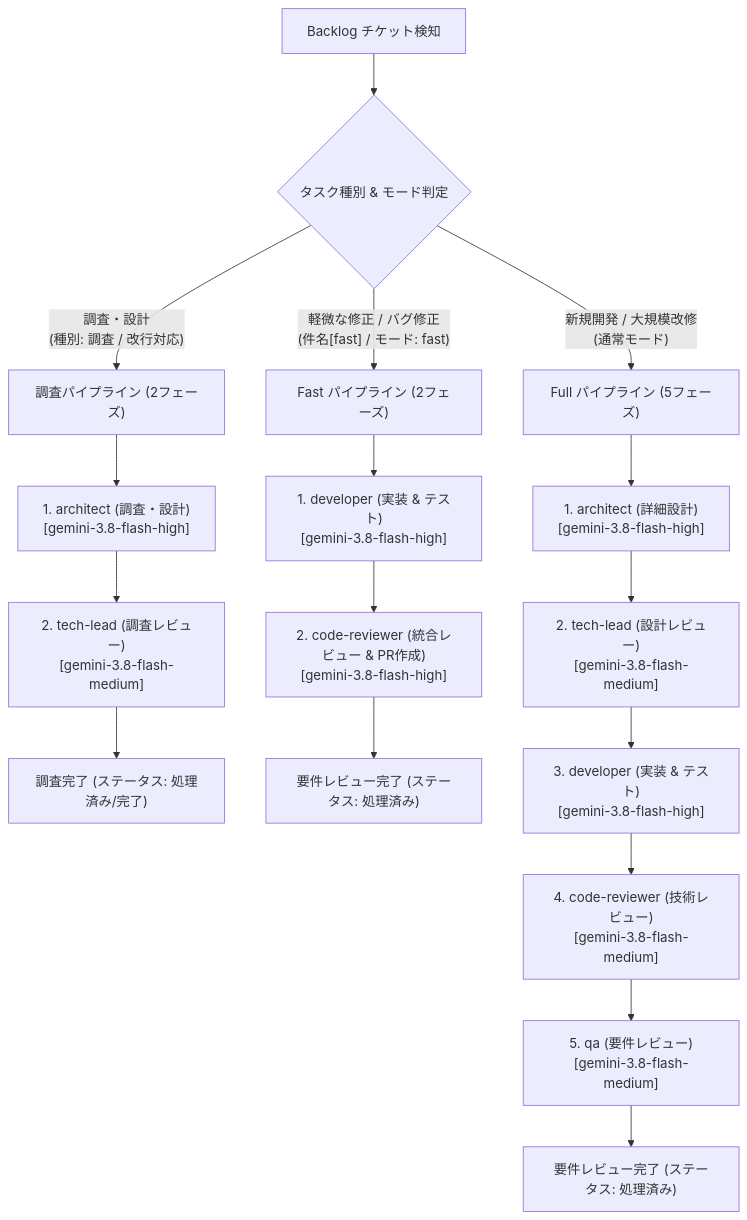
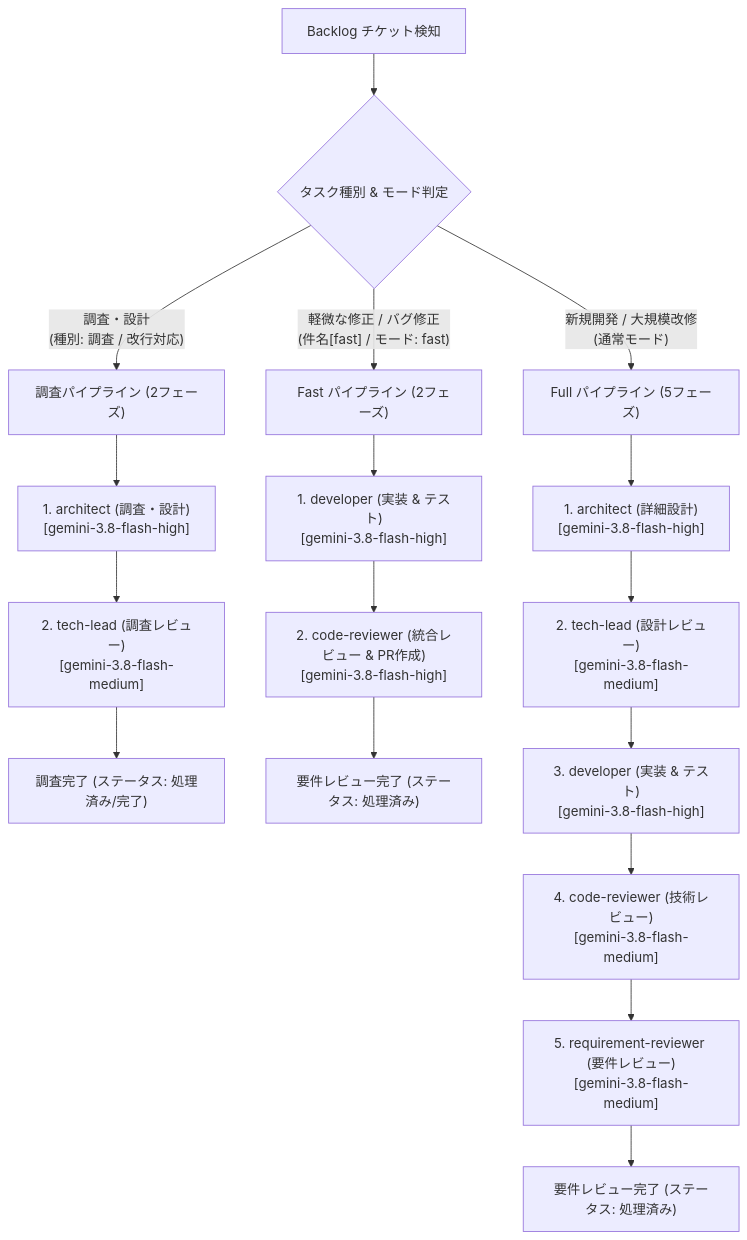
The diagram in docs/quota_optimization.md (oharato/aidevflow), drawn with Mermaid before and after one commit. The commit also changed other lines of this file and 14 other files, not shown here.

Commit message:
refactor(roles): rename qa agent to requirement-reviewer across codebase and docs

````diff
--- a/docs/quota_optimization.md
+++ b/docs/quota_optimization.md
@@ -22,25 +22,25 @@
 ```mermaid
 flowchart TD
     Issue["Backlog チケット検知"] --> Analysis{"タスク種別 & モード判定"}
 
     %% 調査タスク (2フェーズ)
     Analysis -->|"調査・設計\n(種別: 調査 / 改行対応)"| InvPath["調査パイプライン (2フェーズ)"]
     InvPath --> Inv1["1. architect (調査・設計)\n[gemini-3.8-flash-high]"]
     Inv1 --> Inv2["2. tech-lead (調査レビュー)\n[gemini-3.8-flash-medium]"]
     Inv2 --> InvDone["調査完了 (ステータス: 処理済み/完了)"]
 
     %% Fastモード (2フェーズ)
     Analysis -->|"軽微な修正 / バグ修正\n(件名[fast] / モード: fast)"| FastPath["Fast パイプライン (2フェーズ)"]
     FastPath --> Fast1["1. developer (実装 & テスト)\n[gemini-3.8-flash-high]"]
     Fast1 --> Fast2["2. code-reviewer (統合レビュー & PR作成)\n[gemini-3.8-flash-high]"]
     Fast2 --> FastDone["要件レビュー完了 (ステータス: 処理済み)"]
 
     %% 通常タスク (Full 5フェーズ)
     Analysis -->|"新規開発 / 大規模改修\n(通常モード)"| FullPath["Full パイプライン (5フェーズ)"]
     FullPath --> F1["1. architect (詳細設計)\n[gemini-3.8-flash-high]"]
     F1 --> F2["2. tech-lead (設計レビュー)\n[gemini-3.8-flash-medium]"]
     F2 --> F3["3. developer (実装 & テスト)\n[gemini-3.8-flash-high]"]
     F3 --> F4["4. code-reviewer (技術レビュー)\n[gemini-3.8-flash-medium]"]
-    F4 --> F5["5. qa (要件レビュー)\n[gemini-3.8-flash-medium]"]
+    F4 --> F5["5. requirement-reviewer (要件レビュー)\n[gemini-3.8-flash-medium]"]
     F5 --> FullDone["要件レビュー完了 (ステータス: 処理済み)"]
 ```
````
